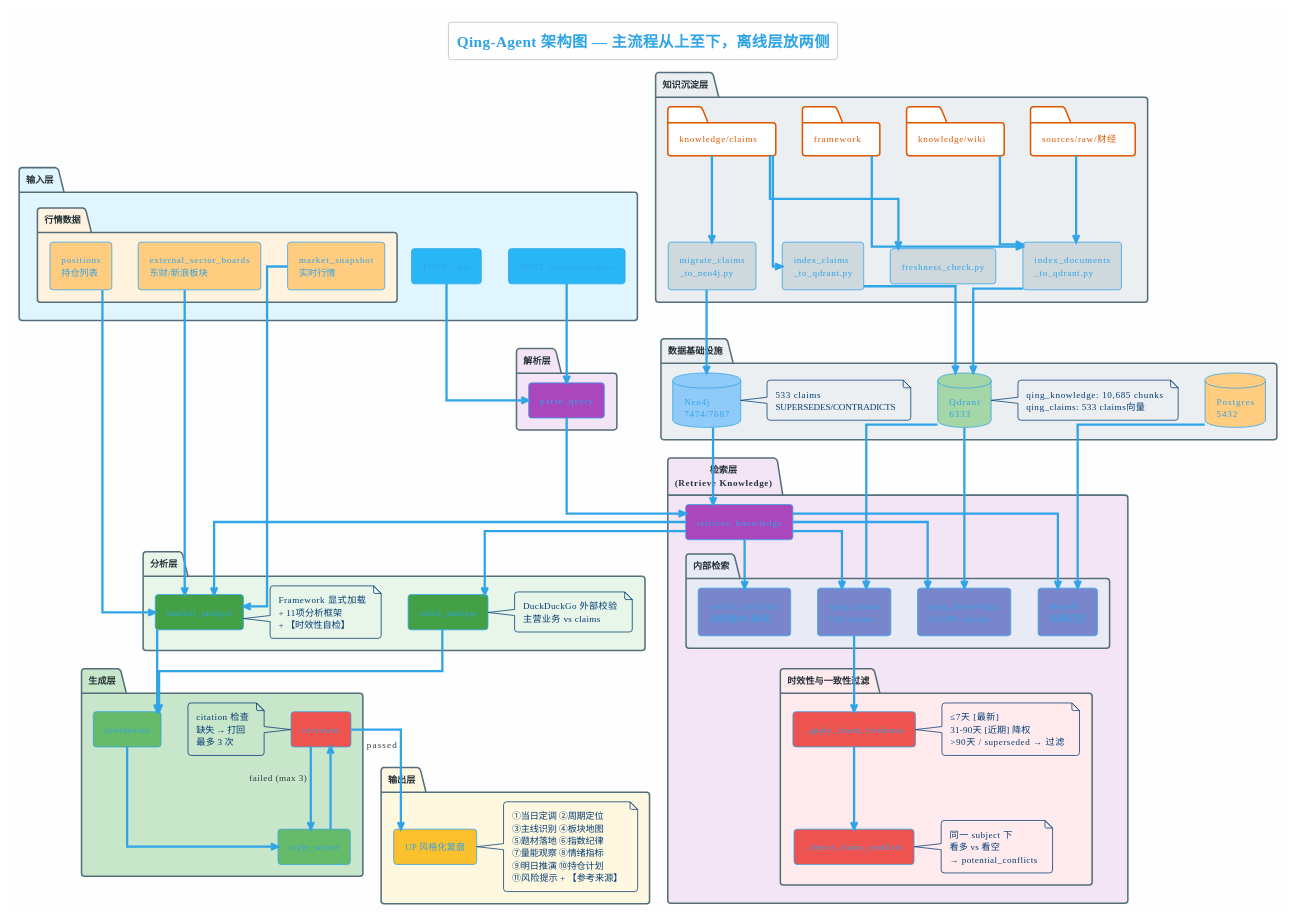
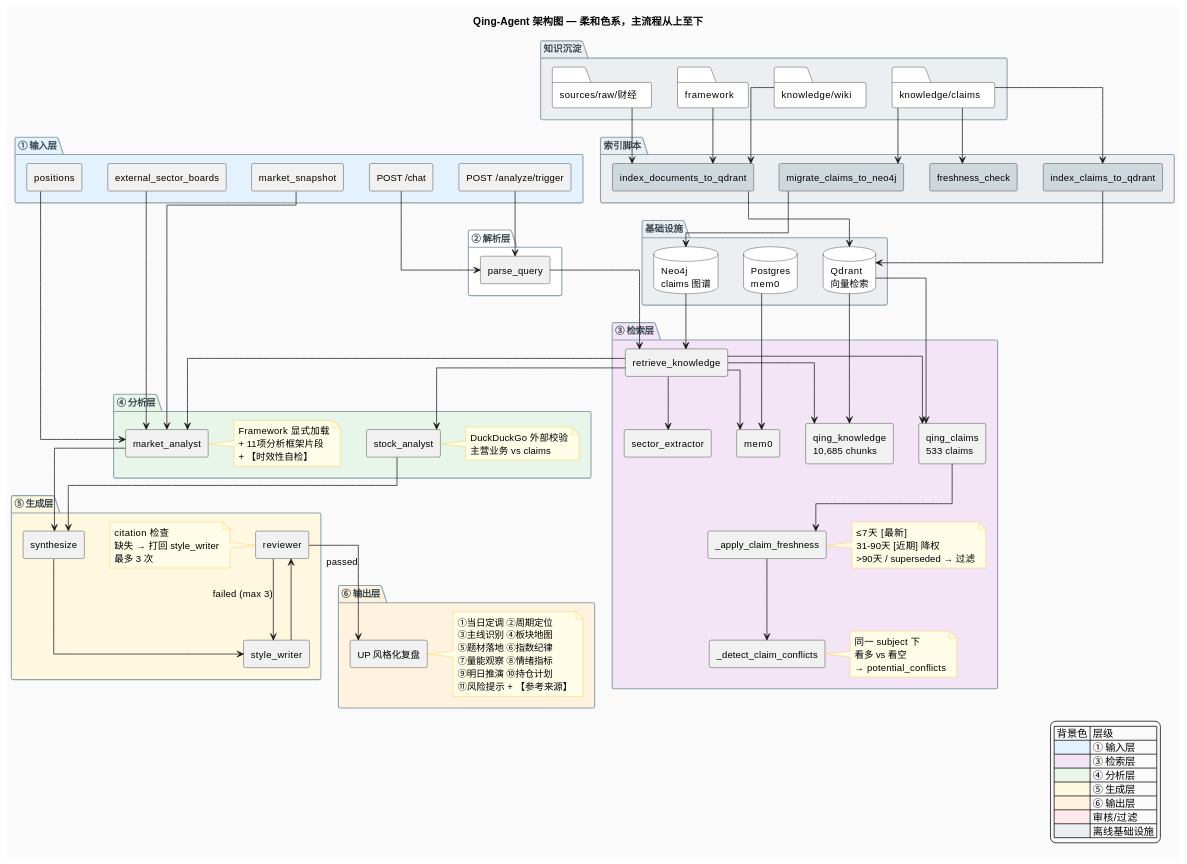
The diagram in docs/qing-agent-technical-design.md (zhoudirac-C/learning-investment-strategies), drawn with PlantUML before and after one commit.

Commit message:
docs: PlantUML 架构图改用柔和色系
- 移除 cerulean-outline 主题，改用自定义 skinparam
- 节点统一白色背景 + 深色边框，取消高饱和填充色
- package 背景使用低饱和度 pastel 色区分层级
- 增加 Legend 图例说明颜色含义
- 删除测试用的独立 puml 文件

````diff
--- a/docs/qing-agent-technical-design.md
+++ b/docs/qing-agent-technical-design.md
@@ -24,115 +24,109 @@
 ```plantuml
 @startuml
-!theme cerulean-outline
-skinparam backgroundColor #FEFEFE
+skinparam backgroundColor #FAFAFA
 skinparam componentStyle rectangle
 skinparam linetype ortho
-skinparam packageBorderColor #546E7A
-skinparam packageFontColor #263238
+skinparam defaultFontSize 13
+skinparam packageBorderColor #90A4AE
+skinparam packageFontColor #37474F
+skinparam rectangleBorderColor #546E7A
+skinparam rectangleFontColor #263238
+skinparam rectangleBackgroundColor #FFFFFF
+skinparam databaseBackgroundColor #FFFFFF
+skinparam folderBackgroundColor #FFFFFF
+skinparam noteBackgroundColor #FFFDE7
+skinparam noteBorderColor #FBC02D
 
-title Qing-Agent 架构图 — 主流程从上至下，离线层放两侧
+title Qing-Agent 架构图 — 柔和色系，主流程从上至下
 
-' ==================== 左侧：数据基础设施（离线）====================
-package "数据基础设施" #ECEFF1 {
-    database "Neo4j\n7474/7687" as Neo4j #90CAF9
-    database "Qdrant\n6333" as Qdrant #A5D6A7
-    database "Postgres\n5432" as Postgres #FFCC80
+' ==================== 左侧：离线层 ====================
+package "基础设施" #ECEFF1 {
+    database "Neo4j\nclaims 图谱" as Neo4j
+    database "Qdrant\n向量检索" as Qdrant
+    database "Postgres\nmem0" as Postgres
+}
+
+package "知识沉淀" #ECEFF1 {
+    folder "sources/raw/财经" as Raw
+    folder "knowledge/claims" as Claims
+    folder "knowledge/wiki" as Wiki
+    folder "framework" as Framework
+}
+
+package "索引脚本" #ECEFF1 {
+    [index_documents_to_qdrant] as IdxDoc #CFD8DC
+    [migrate_claims_to_neo4j] as MigNeo #CFD8DC
+    [index_claims_to_qdrant] as IdxClaims #CFD8DC
+    [freshness_check] as FreshCheck #CFD8DC
+}
+
+' ==================== 中间：主流程（从上至下）====================
+
+package "① 输入层" #E3F2FD {
+    [POST /chat] as Chat
+    [POST /analyze/trigger] as Trigger
+    [external_sector_boards] as ESB
+    [market_snapshot] as MarketSnap
+    [positions] as Positions
+}
+
+package "② 解析层" #FFFFFF {
+    [parse_query] as Parse
+}
+
+package "③ 检索层" #F3E5F5 {
+    [retrieve_knowledge] as Retrieve
     
-    note right of Neo4j
-      533 claims
-      SUPERSEDES/CONTRADICTS
+    [qing_knowledge\n10,685 chunks] as QWiki
+    [qing_claims\n533 claims] as QClaims
+    [mem0] as Mem0
+    [sector_extractor] as SectorExt
+    
+    [_apply_claim_freshness] as Freshness
+    note right of Freshness
+      ≤7天 [最新]
+      31-90天 [近期] 降权
+      >90天 / superseded → 过滤
     end note
     
-    note right of Qdrant
-      qing_knowledge: 10,685 chunks
-      qing_claims: 533 claims向量
+    [_detect_claim_conflicts] as Conflicts
+    note right of Conflicts
+      同一 subject 下
+      看多 vs 看空
+      → potential_conflicts
     end note
 }
 
-' ==================== 右侧：知识沉淀层（离线）====================
-package "知识沉淀层" #ECEFF1 {
-    folder "sources/raw/财经" as Raw #FFFFFF
-    folder "knowledge/claims" as Claims #FFFFFF
-    folder "knowledge/wiki" as Wiki #FFFFFF
-    folder "framework" as Framework #FFFFFF
+package "④ 分析层" #E8F5E9 {
+    [market_analyst] as Market
+    [stock_analyst] as Stock
     
-    [index_documents\n_to_qdrant.py] as IdxDoc #CFD8DC
-    [migrate_claims\n_to_neo4j.py] as MigNeo #CFD8DC
-    [index_claims\n_to_qdrant.py] as IdxClaims #CFD8DC
-    [freshness_check.py] as FreshCheck #CFD8DC
-}
-
-' ==================== 中间主流程：从上至下 ====================
-package "输入层" #E1F5FE {
-    [POST /chat] as Chat #29B6F6
-    [POST /analyze/trigger] as Trigger #29B6F6
-    
-    package "行情数据" #FFF3E0 {
-        [external_sector_boards\n东财/新浪板块] as ESB #FFCC80
-        [market_snapshot\n实时行情] as MarketSnap #FFCC80
-        [positions\n持仓列表] as Positions #FFCC80
-    }
-}
-
-package "解析层" #F3E5F5 {
-    [parse_query] as Parse #AB47BC
-}
-
-package "检索层\n(Retrieve Knowledge)" #F3E5F5 {
-    [retrieve_knowledge] as Retrieve #AB47BC
-    
-    package "内部检索" #E8EAF6 {
-        [qing_knowledge\n10,685 chunks] as QWiki #7986CB
-        [qing_claims\n533 claims] as QClaims #7986CB
-        [mem0\n长期记忆] as Mem0 #7986CB
-        [sector_extractor\n动态板块+新闻] as SectorExt #7986CB
-    }
-    
-    package "时效性与一致性过滤" #FFEBEE {
-        [_apply_claim_freshness] as Freshness #EF5350
-        note right of Freshness
-          ≤7天 [最新]
-          31-90天 [近期] 降权
-          >90天 / superseded → 过滤
-        end note
-        
-        [_detect_claim_conflicts] as Conflicts #EF5350
-        note right of Conflicts
-          同一 subject 下
-          看多 vs 看空
-          → potential_conflicts
-        end note
-    }
-}
-
-package "分析层" #E8F5E9 {
-    [market_analyst] as Market #43A047
     note right of Market
       Framework 显式加载
-      + 11项分析框架
+      + 11项分析框架片段
       + 【时效性自检】
     end note
     
-    [stock_analyst] as Stock #43A047
     note right of Stock
       DuckDuckGo 外部校验
       主营业务 vs claims
     end note
 }
 
-package "生成层" #C8E6C9 {
-    [synthesize] as Synth #66BB6A
-    [style_writer] as Style #66BB6A
-    [reviewer] as Review #EF5350
+package "⑤ 生成层" #FFF8E1 {
+    [synthesize] as Synth
+    [style_writer] as Style
+    [reviewer] as Review
+    
     note left of Review
       citation 检查
-      缺失 → 打回
+      缺失 → 打回 style_writer
       最多 3 次
     end note
 }
 
-package "输出层" #FFF8E1 {
-    [UP 风格化复盘] as Output #FBC02D
+package "⑥ 输出层" #FFF3E0 {
+    [UP 风格化复盘] as Output
     note right of Output
       ①当日定调 ②周期定位
       ③主线识别 ④板块地图
@@ -146,6 +140,7 @@
 ' ==================== 连接线：主流程 ====================
 Chat --> Parse
 Trigger --> Parse
+
 Parse --> Retrieve
 
 Retrieve --> QWiki
@@ -171,7 +166,7 @@
 MarketSnap --> Market
 Positions --> Market
 
-' ==================== 连接线：离线层到数据库 ====================
+' ==================== 连接线：离线层 ====================
 Raw --> IdxDoc
 Wiki --> IdxDoc
 Framework --> IdxDoc
@@ -183,11 +178,21 @@
 MigNeo --> Neo4j
 IdxClaims --> Qdrant
 
-' ==================== 连接线：数据库到检索层 ====================
 Qdrant --> QWiki
 Qdrant --> QClaims
 Neo4j --> Retrieve
 Postgres --> Mem0
 
+legend right
+    | 背景色 | 层级 |
+    |<#E3F2FD>| ① 输入层 |
+    |<#F3E5F5>| ③ 检索层 |
+    |<#E8F5E9>| ④ 分析层 |
+    |<#FFF8E1>| ⑤ 生成层 |
+    |<#FFF3E0>| ⑥ 输出层 |
+    |<#FFEBEE>| 审核/过滤 |
+    |<#ECEFF1>| 离线基础设施 |
+endlegend
+
 @enduml
 ```
````
